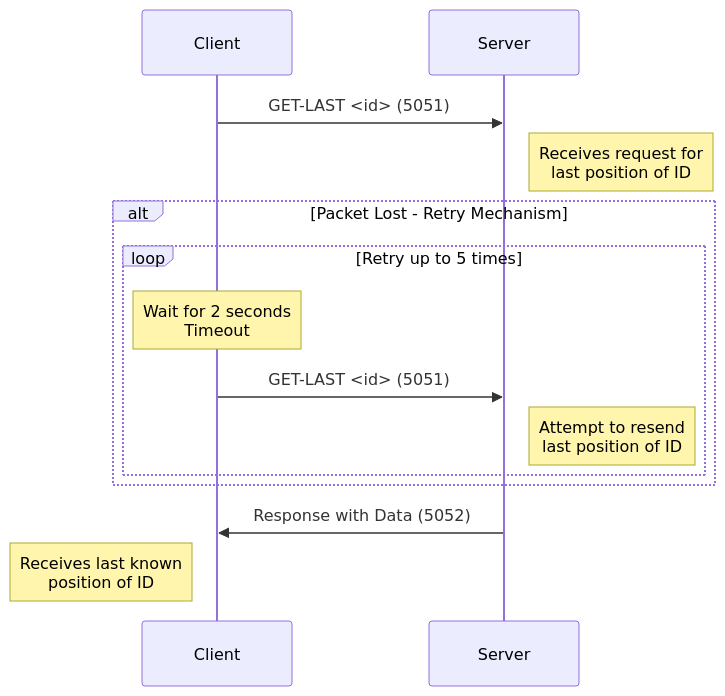
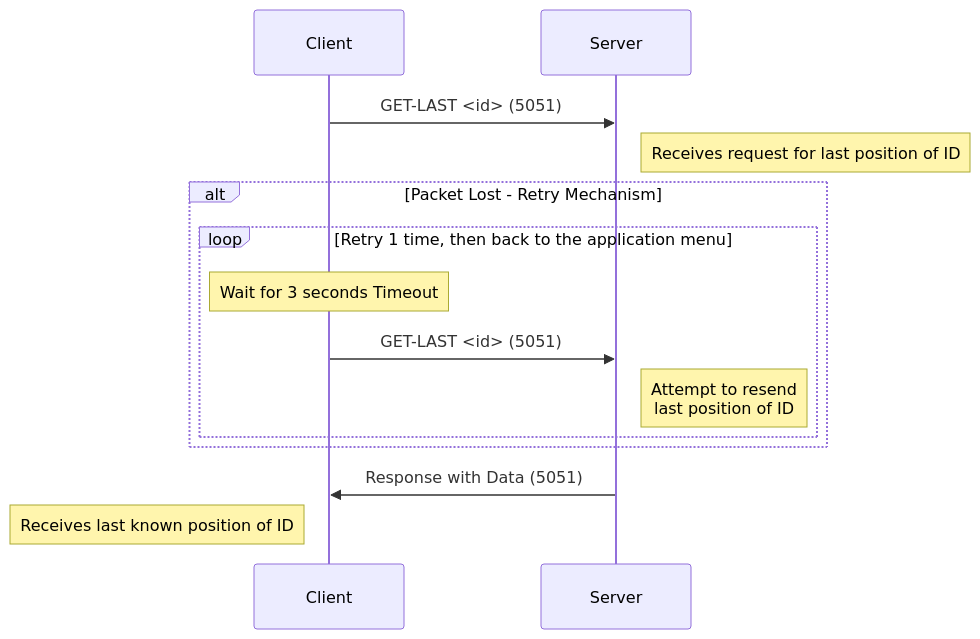
The second of 2 diagrams in README.md (lucaslattion/DAI-2023-24-Practical-work-3-Lucas-Lattion-and-Romain-Humair), drawn with Mermaid before and after one commit. The commit also changed other lines of this file and 1 other file, not shown here.

````diff
--- a/README.md
+++ b/README.md
@@ -209,22 +294,22 @@
 ```mermaid
 sequenceDiagram
     participant Client
     participant Server
 
     %% Initial Request from Client to Server
     Client->>Server: GET-LAST <id> (5051)
-    Note right of Server: Receives request for<br>last position of ID
+    Note right of Server: Receives request for last position of ID
 
     %% Handling Timeout and Retries
     alt Packet Lost - Retry Mechanism
-        loop Retry up to 5 times
-            Note over Client: Wait for 2 seconds<br>Timeout
+        loop Retry 1 time, then back to the application menu
+            Note over Client: Wait for 3 seconds Timeout
             Client->>Server: GET-LAST <id> (5051)
             Note right of Server: Attempt to resend<br>last position of ID
         end
     end
 
     %% Successful Response from Server
-    Server->>Client: Response with Data (5052)
-    Note left of Client: Receives last known<br>position of ID
+    Server->>Client: Response with Data (5051)
+    Note left of Client: Receives last known position of ID
 ```
````
